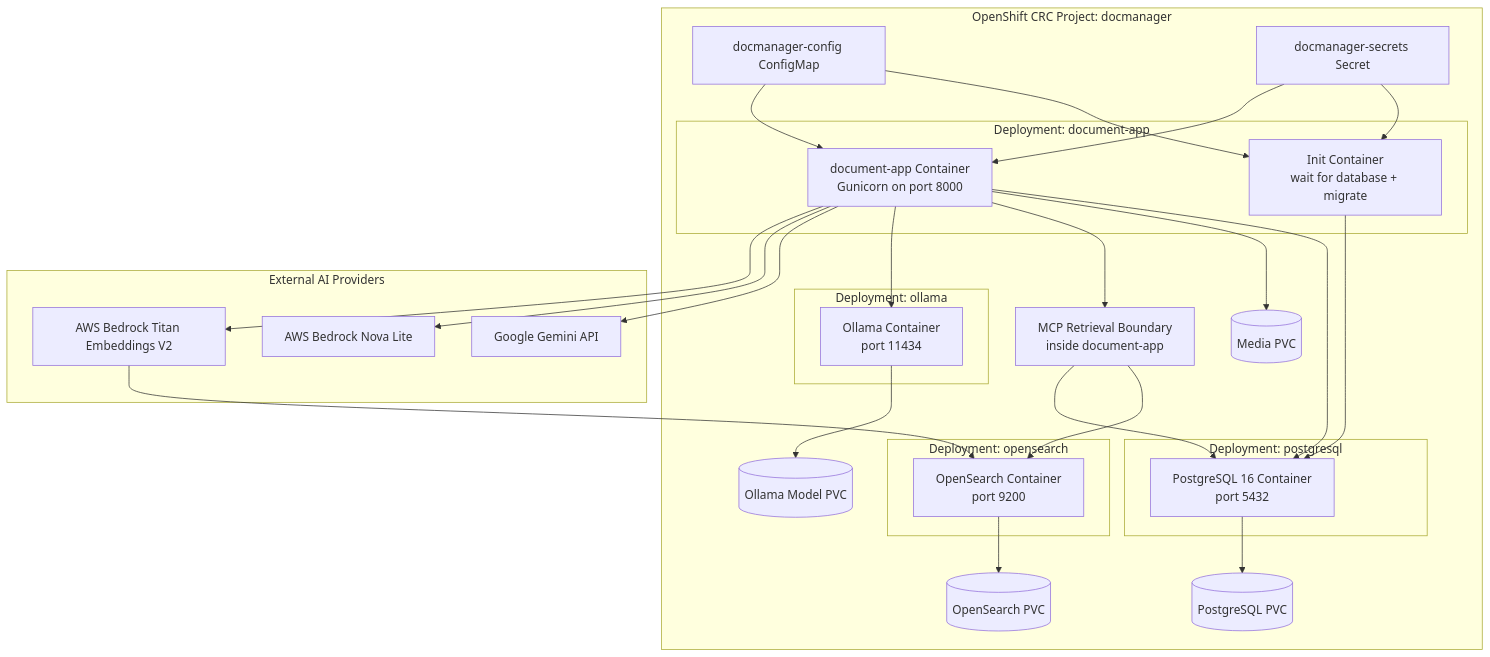
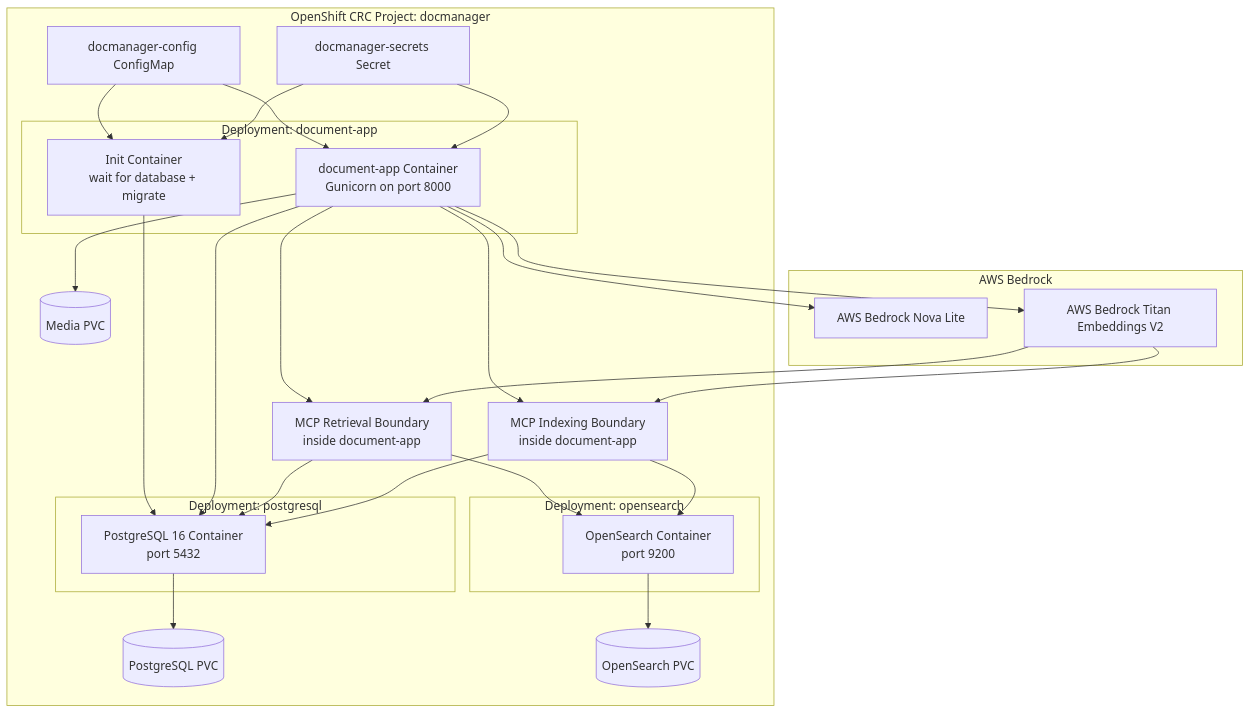
One commit to khaliqueaws-creator/document-management changed the first of 3 diagrams in docs/deployment.md. Above: the diagram before and after it, drawn with Mermaid. The commit also changed other lines of this file and 6 other files, not shown here.

Commit message:
Align docs with MCP architecture

````diff
--- a/docs/deployment.md
+++ b/docs/deployment.md
@@ -9,58 +9,54 @@
 ```mermaid
 flowchart TB
     subgraph OpenShift_CRC[OpenShift CRC Project: docmanager]
         Config[docmanager-config ConfigMap]
         Secret[docmanager-secrets Secret]
 
         subgraph Django_Deployment[Deployment: document-app]
             Init[Init Container\nwait for database + migrate]
             Web[document-app Container\nGunicorn on port 8000]
         end
 
         subgraph Database[Deployment: postgresql]
             DB[PostgreSQL 16 Container\nport 5432]
         end
 
-        subgraph AI_Local[Deployment: ollama]
-            Ollama[Ollama Container\nport 11434]
-        end
-
         subgraph Search[Deployment: opensearch]
             OpenSearch[OpenSearch Container\nport 9200]
         end
 
         MCP[MCP Retrieval Boundary\ninside document-app]
+        MCPIndex[MCP Indexing Boundary\ninside document-app]
 
         Media[(Media PVC)]
         DBPVC[(PostgreSQL PVC)]
         SearchPVC[(OpenSearch PVC)]
-        ModelPVC[(Ollama Model PVC)]
 
         Config --> Init
         Secret --> Init
         Config --> Web
         Secret --> Web
 
         Init --> DB
         Web --> DB
         Web --> Media
         DB --> DBPVC
         Web --> MCP
+        Web --> MCPIndex
         MCP --> OpenSearch
         MCP --> DB
+        MCPIndex --> OpenSearch
+        MCPIndex --> DB
         OpenSearch --> SearchPVC
-        Ollama --> ModelPVC
-        Web --> Ollama
     end
 
-    subgraph AI_External[External AI Providers]
-        Gemini[Google Gemini API]
+    subgraph BedrockRuntime[AWS Bedrock]
         Bedrock[AWS Bedrock Nova Lite]
         Titan[AWS Bedrock Titan Embeddings V2]
     end
 
-    Web --> Gemini
     Web --> Bedrock
     Web --> Titan
-    Titan --> OpenSearch
+    Titan --> MCP
+    Titan --> MCPIndex
 ```
````
